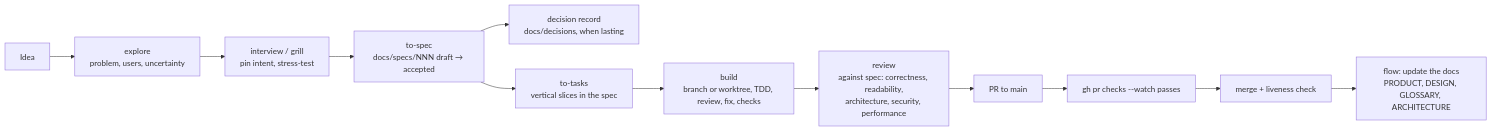
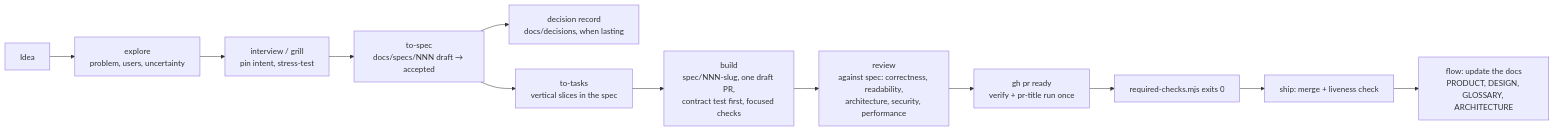
The first of 5 diagrams in docs/harness/dev-loop.md (gaboesquivel/flow-signal), drawn with Mermaid before and after one commit. The commit also changed other lines of this file and 18 other files, not shown here.

First line of the commit message:
chore(flow): align Signal's workflow with Flow main (#33)

````diff
--- a/docs/harness/dev-loop.md
+++ b/docs/harness/dev-loop.md
@@ -7,14 +7,14 @@
 ```mermaid
 flowchart LR
   I[Idea] --> EX[explore<br/>problem, users, uncertainty]
   EX --> IN[interview / grill<br/>pin intent, stress-test]
   IN --> SP[to-spec<br/>docs/specs/NNN draft → accepted]
   SP --> DEC[decision record<br/>docs/decisions, when lasting]
   SP --> TK[to-tasks<br/>vertical slices in the spec]
-  TK --> BU[build<br/>branch or worktree, TDD, review, fix, checks]
+  TK --> BU[build<br/>spec/NNN-slug, one draft PR,<br/>contract test first, focused checks]
   BU --> RV[review<br/>against spec: correctness, readability,<br/>architecture, security, performance]
-  RV --> PR[PR to main]
-  PR --> CK[gh pr checks --watch passes]
-  CK --> MG[merge + liveness check]
+  RV --> RD[gh pr ready<br/>verify + pr-title run once]
+  RD --> CK[required-checks.mjs exits 0]
+  CK --> MG[ship: merge + liveness check]
   MG --> FL[flow: update the docs<br/>PRODUCT, DESIGN, GLOSSARY, ARCHITECTURE]
 ```
````
